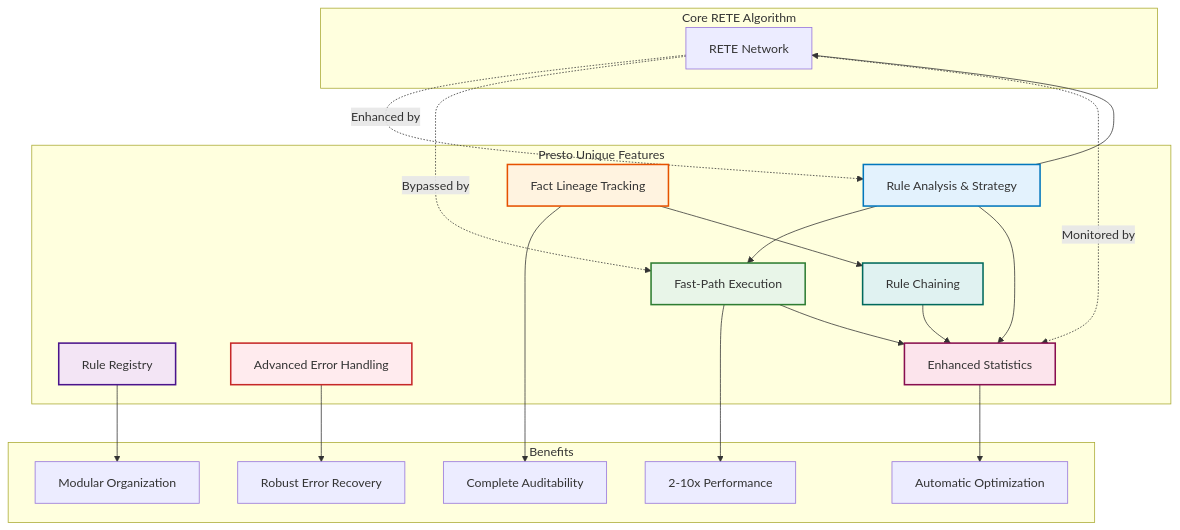
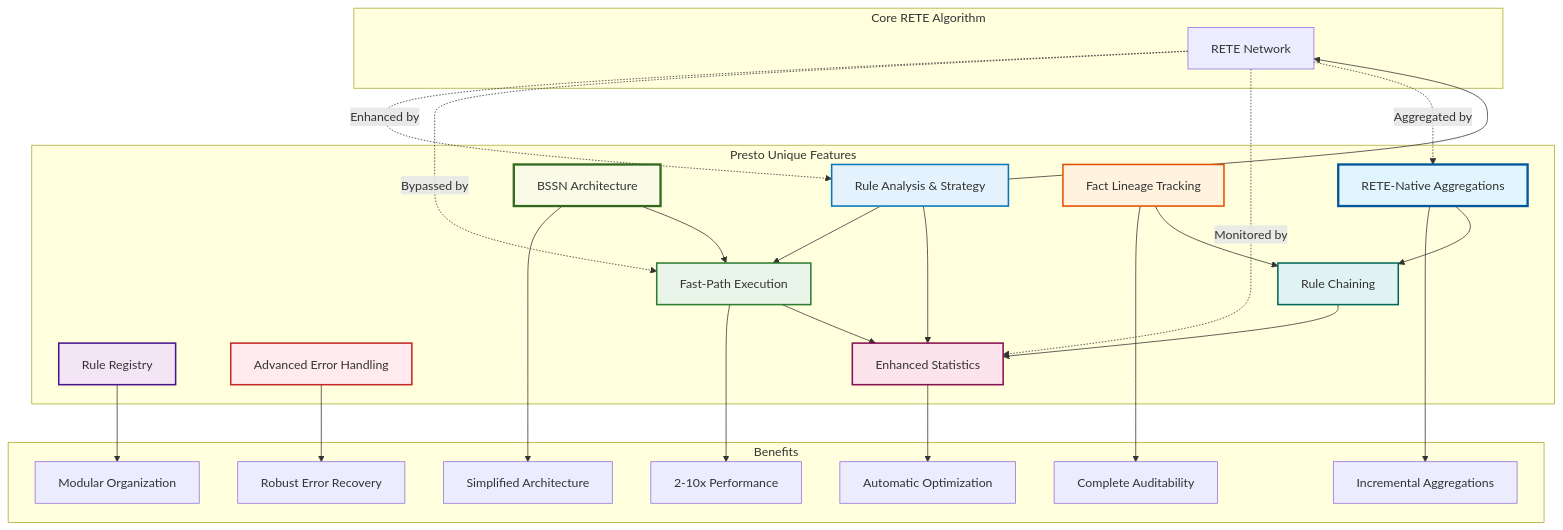
Before and after one commit to hl/presto: the eighth of 8 diagrams in specs/unique_features.md, drawn with Mermaid. The commit also changed other lines of this file and 11 other files, not shown here.

First line of the commit message:
docs: update all markdown files for BSSN simplification and RETE-native aggregations

````diff
--- a/specs/unique_features.md
+++ b/specs/unique_features.md
@@ -652,48 +818,59 @@
 ```mermaid
 graph TB
     subgraph "Core RETE Algorithm"
         R[RETE Network]
     end
     
     subgraph "Presto Unique Features"
+        AG[RETE-Native Aggregations]
+        BS[BSSN Architecture]
         A[Rule Analysis & Strategy]
         F[Fast-Path Execution]
         L[Fact Lineage Tracking]
         RG[Rule Registry]
         E[Advanced Error Handling]
         C[Rule Chaining]
         S[Enhanced Statistics]
     end
     
     subgraph "Benefits"
         P1[2-10x Performance]
         P2[Modular Organization]
         P3[Complete Auditability]
         P4[Robust Error Recovery]
         P5[Automatic Optimization]
+        P6[Incremental Aggregations]
+        P7[Simplified Architecture]
     end
     
+    AG --> P6
+    AG --> C
+    BS --> P7
+    BS --> F
     A --> F
     A --> R
     F --> P1
     L --> P3
     L --> C
     RG --> P2
     E --> P4
     A --> S
     F --> S
     C --> S
     S --> P5
     
     R -.->|Enhanced by| A
     R -.->|Bypassed by| F
     R -.->|Monitored by| S
+    R -.->|Aggregated by| AG
     
+    style AG fill:#e1f5fe,stroke:#01579b,stroke-width:3px
+    style BS fill:#f9fbe7,stroke:#33691e,stroke-width:3px
     style A fill:#e3f2fd,stroke:#0277bd,stroke-width:2px
     style F fill:#e8f5e8,stroke:#2e7d32,stroke-width:2px
     style L fill:#fff3e0,stroke:#e65100,stroke-width:2px
     style RG fill:#f3e5f5,stroke:#4a148c,stroke-width:2px
     style E fill:#ffebee,stroke:#c62828,stroke-width:2px
     style C fill:#e0f2f1,stroke:#00695c,stroke-width:2px
     style S fill:#fce4ec,stroke:#880e4f,stroke-width:2px
 ```
````
